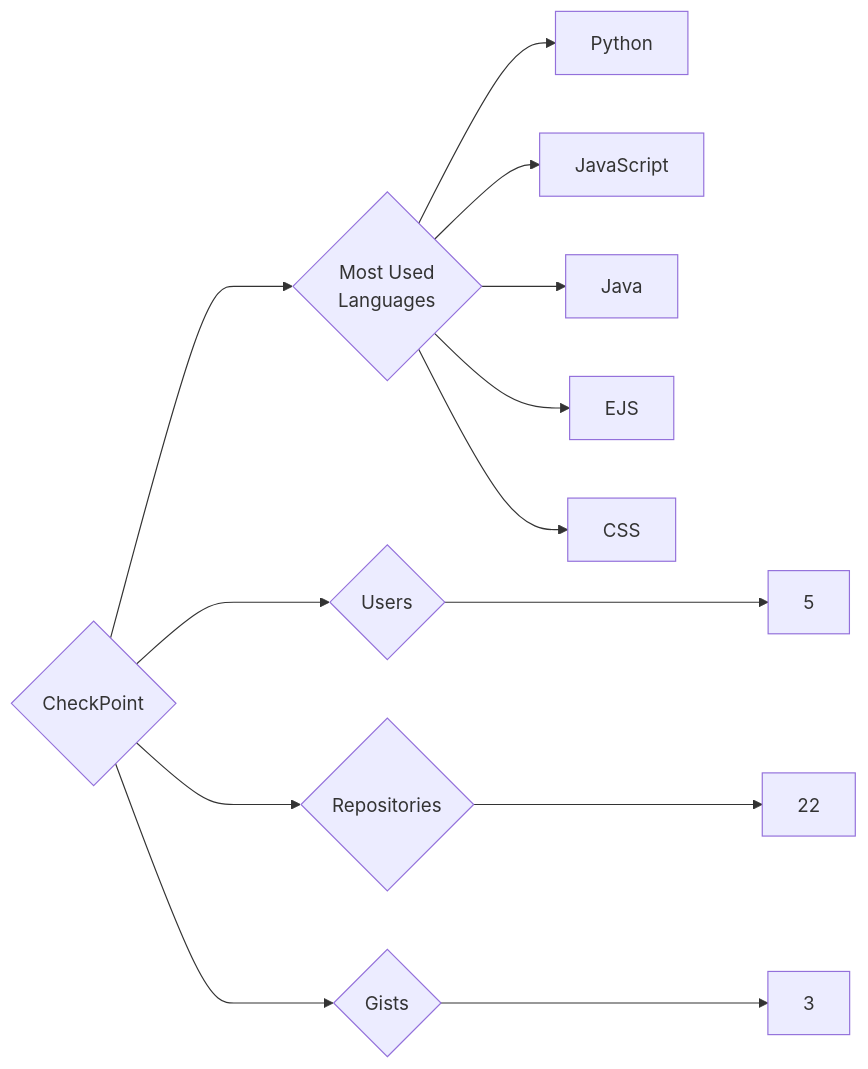
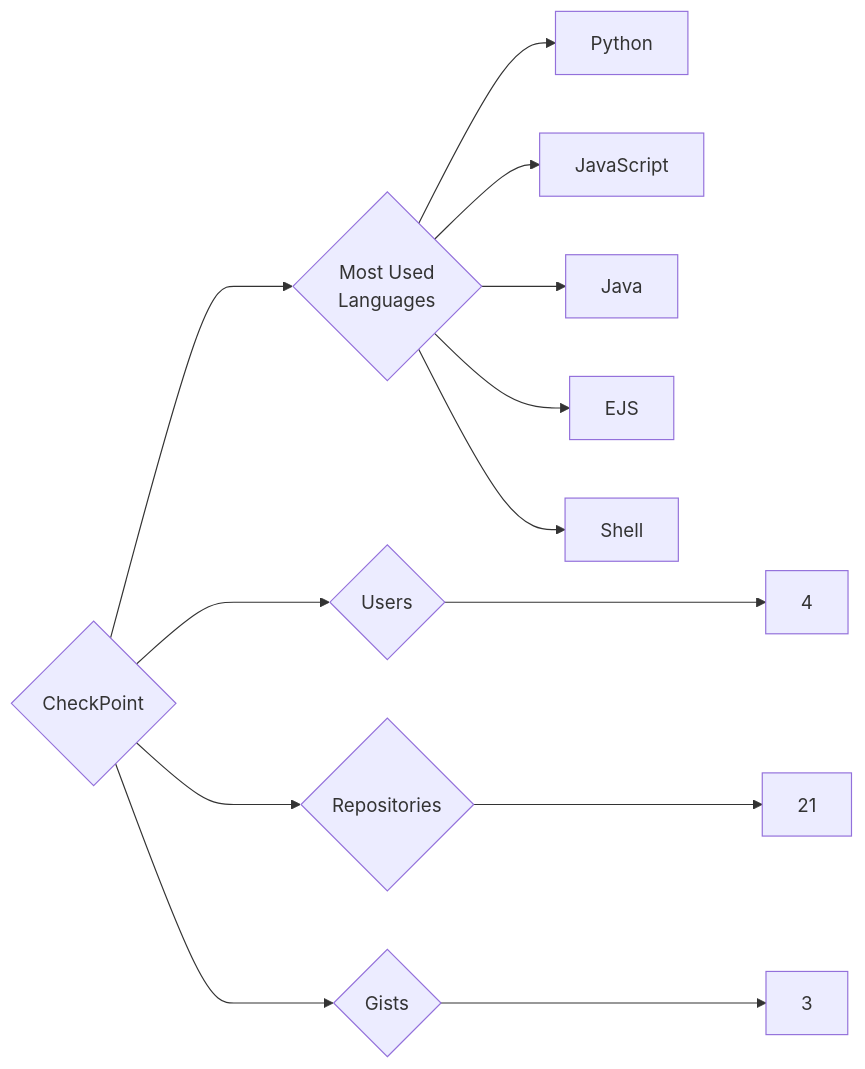
Before and after one commit to trickest/insiders: the diagram in targets/CheckPoint/README.md, drawn with Mermaid. The commit also changed 925 other files, not shown here.

````diff
--- a/targets/CheckPoint/README.md
+++ b/targets/CheckPoint/README.md
@@ -3,13 +3,13 @@
 ```mermaid
 graph LR
 COMPANY_NAME{CheckPoint}
-COMPANY_NAME ---> U{Users} ---> UN[5]
-COMPANY_NAME ---> R{Repositories} ---> RN[22]
+COMPANY_NAME ---> U{Users} ---> UN[4]
+COMPANY_NAME ---> R{Repositories} ---> RN[21]
 COMPANY_NAME ---> G{Gists} ---> GN[3]
 COMPANY_NAME ---> ML{Most Used<br>Languages}
 ML --> Python[Python]
 ML --> JavaScript[JavaScript]
 ML --> Java[Java]
 ML --> EJS[EJS]
-ML --> CSS[CSS]
+ML --> Shell[Shell]
 ```
````
